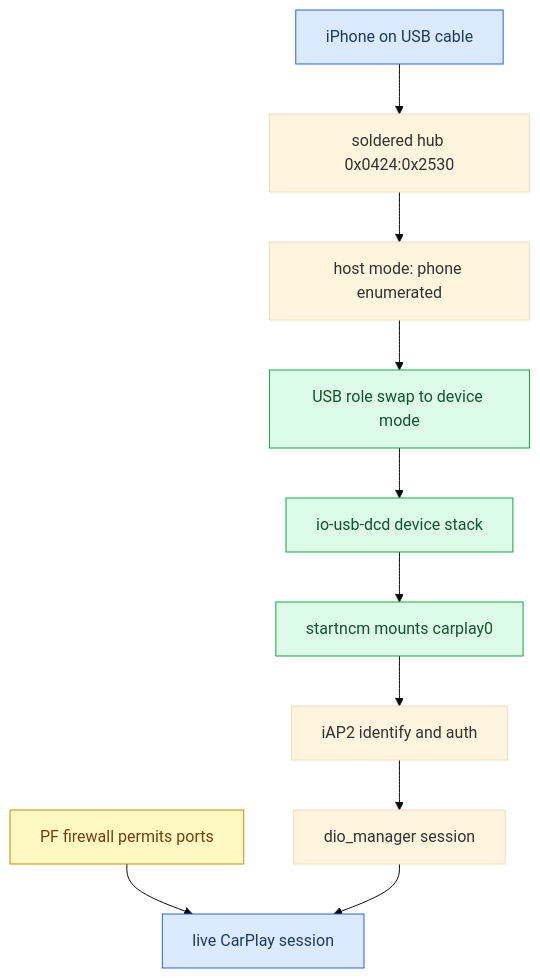
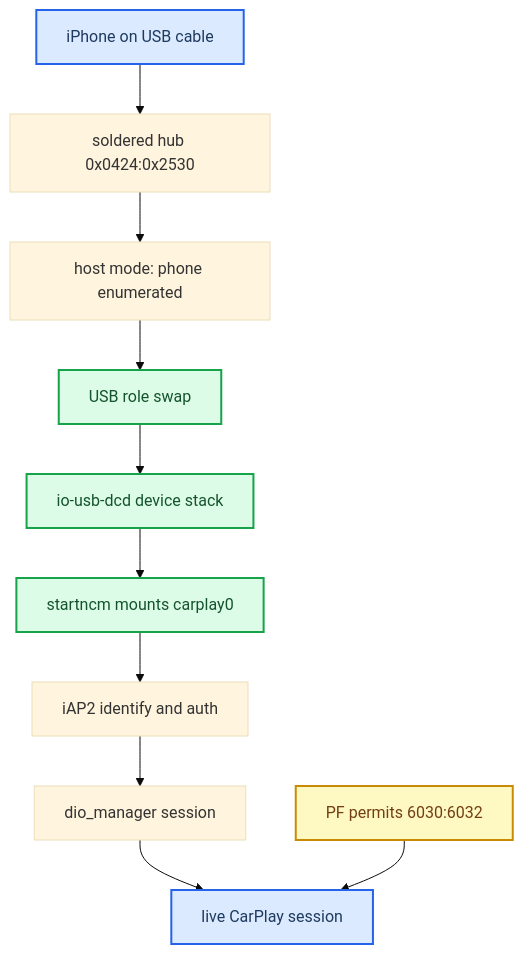
One commit to luka-dev/mib2q-carplay-rgi changed the diagram in docs-obsidian/Connect and USB/Connect and USB MOC.md. Above: the diagram before and after it, drawn with Mermaid (base theme). The commit also changed other lines of this file and 43 other files, not shown here.

````diff
--- a/docs-obsidian/Connect and USB/Connect and USB MOC.md
+++ b/docs-obsidian/Connect and USB/Connect and USB MOC.md
@@ -15,24 +15,23 @@
 ```mermaid
 flowchart TB
   accTitle: iPhone USB to live CarPlay session
-  accDescr: Physical USB through the soldered hub, role swap to device mode, NCM interface carplay0, iAP2, dio_manager, and the CarPlay session — with the layers where each note applies.
+  accDescr: Physical USB through the soldered hub, role swap to device mode, NCM interface carplay0, iAP2, dio_manager, and the CarPlay session, with the PF firewall gating the session ports.
   phone["iPhone on USB cable"]
   hub["soldered hub 0x0424:0x2530"]
   host["host mode: phone enumerated"]
-  swap["USB role swap to device mode"]
+  swap["USB role swap"]
   dcd["io-usb-dcd device stack"]
   ncm["startncm mounts carplay0"]
   iap2["iAP2 identify and auth"]
   dio["dio_manager session"]
-  pf["PF firewall permits ports"]
+  pf["PF permits 6030:6032"]
   session["live CarPlay session"]
-  phone --> hub --> host --> swap --> dcd --> ncm --> iap2 --> dio
+  phone --> hub --> host --> swap --> dcd --> ncm --> iap2 --> dio --> session
   pf --> session
-  dio --> session
+  classDef primary fill:#dbeafe,stroke:#2563eb,stroke-width:2px,color:#1e3a5f
+  classDef success fill:#dcfce7,stroke:#16a34a,stroke-width:2px,color:#14532d
+  classDef warning fill:#fef9c3,stroke:#ca8a04,stroke-width:2px,color:#713f12
   class phone,session primary
   class swap,dcd,ncm success
   class pf warning
-  classDef primary fill:#dbeafe,stroke:#2563eb,color:#1e3a5f
-  classDef success fill:#dcfce7,stroke:#16a34a,color:#14532d
-  classDef warning fill:#fef9c3,stroke:#ca8a04,color:#713f12
 ```
````
